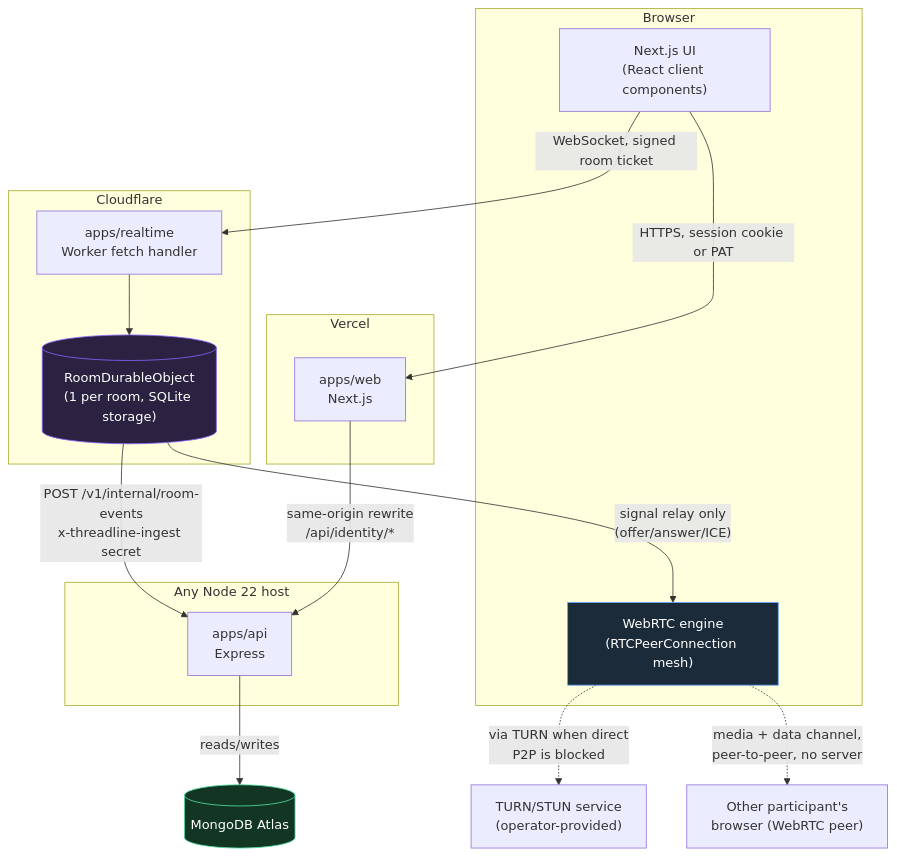
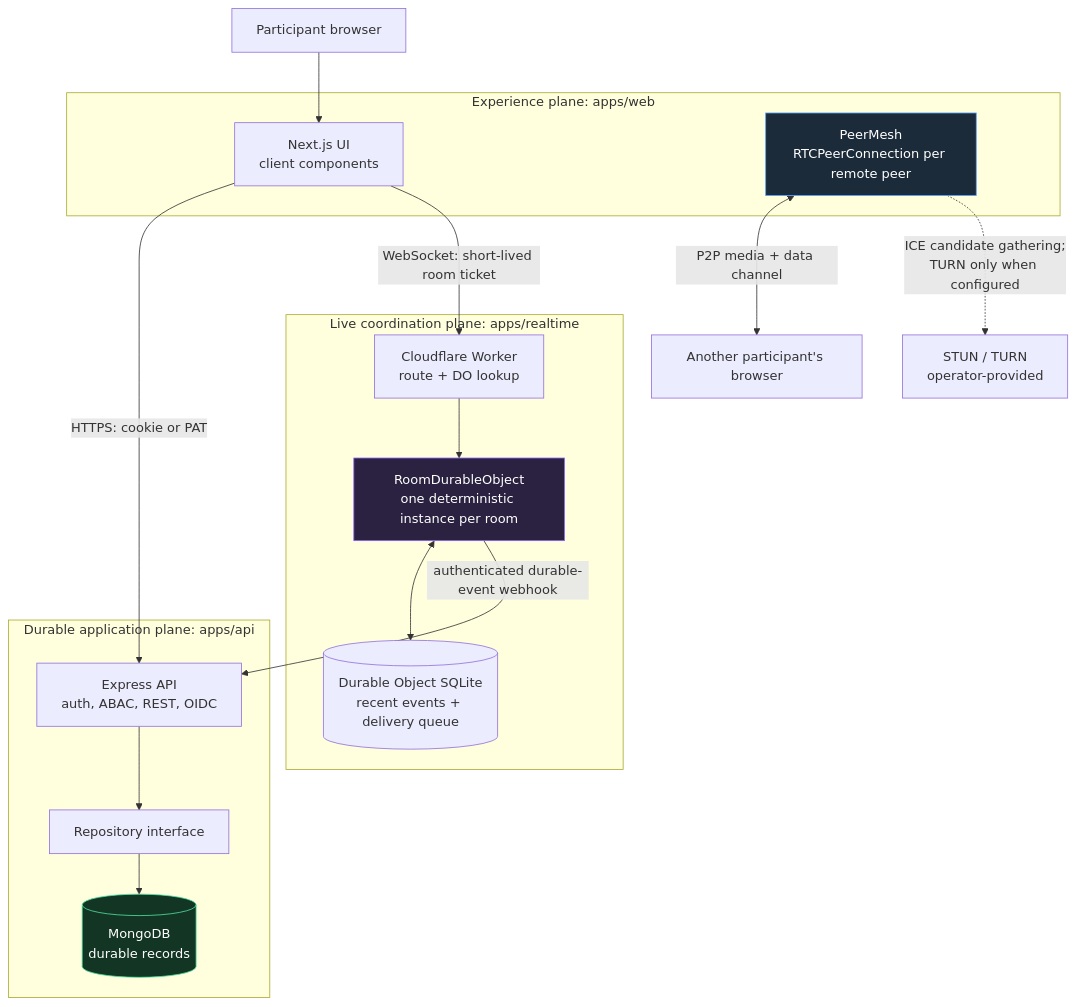
The first of 22 diagrams in ARCHITECTURE.md (hoangsonww/Threadline-RealTime-Collab), drawn with Mermaid before and after one commit. The commit also changed other lines of this file and 3 other files, not shown here.

First line of the commit message:
docs: deepen architecture reference

````diff
--- a/ARCHITECTURE.md
+++ b/ARCHITECTURE.md
@@ -80,38 +38,37 @@
-```mermaid
-graph TB
-    subgraph Client["Browser"]
-        UI["Next.js UI<br/>(React client components)"]
-        RTC["WebRTC engine<br/>(RTCPeerConnection mesh)"]
+~~~mermaid
+flowchart TB
+    Browser["Participant browser"]
+
+    subgraph Web["Experience plane: apps/web"]
+        UI["Next.js UI<br/>client components"]
+        Mesh["PeerMesh<br/>RTCPeerConnection per remote peer"]
     end
 
-    subgraph Vercel["Vercel"]
-        WEB["apps/web<br/>Next.js"]
+    subgraph Durable["Durable application plane: apps/api"]
+        API["Express API<br/>auth, ABAC, REST, OIDC"]
+        Repo["Repository interface"]
+        Mongo[("MongoDB<br/>durable records")]
     end
 
-    subgraph APIHost["Any Node 22 host"]
-        API["apps/api<br/>Express"]
+    subgraph Live["Live coordination plane: apps/realtime"]
+        Worker["Cloudflare Worker<br/>route + DO lookup"]
+        RoomDO["RoomDurableObject<br/>one deterministic instance per room"]
+        DOStore[("Durable Object SQLite<br/>recent events + delivery queue")]
     end
 
-    subgraph CF["Cloudflare"]
-        WORKER["apps/realtime<br/>Worker fetch handler"]
-        DO[("RoomDurableObject<br/>(1 per room, SQLite storage)")]
-    end
+    Peer["Another participant's browser"]
+    Relay["STUN / TURN<br/>operator-provided"]
 
-    PEER["Other participant's<br/>browser (WebRTC peer)"]
-    ATLAS[("MongoDB Atlas")]
-    TURN["TURN/STUN service<br/>(operator-provided)"]
+    Browser --> UI
+    UI -->|"HTTPS: cookie or PAT"| API
+    API --> Repo --> Mongo
+    UI -->|"WebSocket: short-lived room ticket"| Worker --> RoomDO
+    RoomDO <--> DOStore
+    RoomDO -->|"authenticated durable-event webhook"| API
+    Mesh <-->|"P2P media + data channel"| Peer
+    Mesh -.->|"ICE candidate gathering;<br/>TURN only when configured"| Relay
 
-    UI -- "HTTPS, session cookie or PAT" --> WEB
-    WEB -- "same-origin rewrite<br/>/api/identity/*" --> API
-    UI -- "WebSocket, signed room ticket" --> WORKER
-    WORKER --> DO
-    DO -- "signal relay only<br/>(offer/answer/ICE)" --> RTC
-    RTC -. "media + data channel,<br/>peer-to-peer, no server" .-> PEER
-    RTC -. "via TURN when direct<br/>P2P is blocked" .-> TURN
-    API -- "reads/writes" --> ATLAS
-    DO -- "POST /v1/internal/room-events<br/>x-threadline-ingest secret" --> API
-
-    style DO fill:#2b2140,stroke:#8a63ff,color:#fff
-    style ATLAS fill:#123524,stroke:#52e0a2,color:#fff
-    style RTC fill:#1c2b3a,stroke:#5ca4ff,color:#fff
-```
+    style Mongo fill:#123524,stroke:#52e0a2,color:#fff
+    style RoomDO fill:#2b2140,stroke:#8a63ff,color:#fff
+    style Mesh fill:#1c2b3a,stroke:#5ca4ff,color:#fff
+~~~
````
